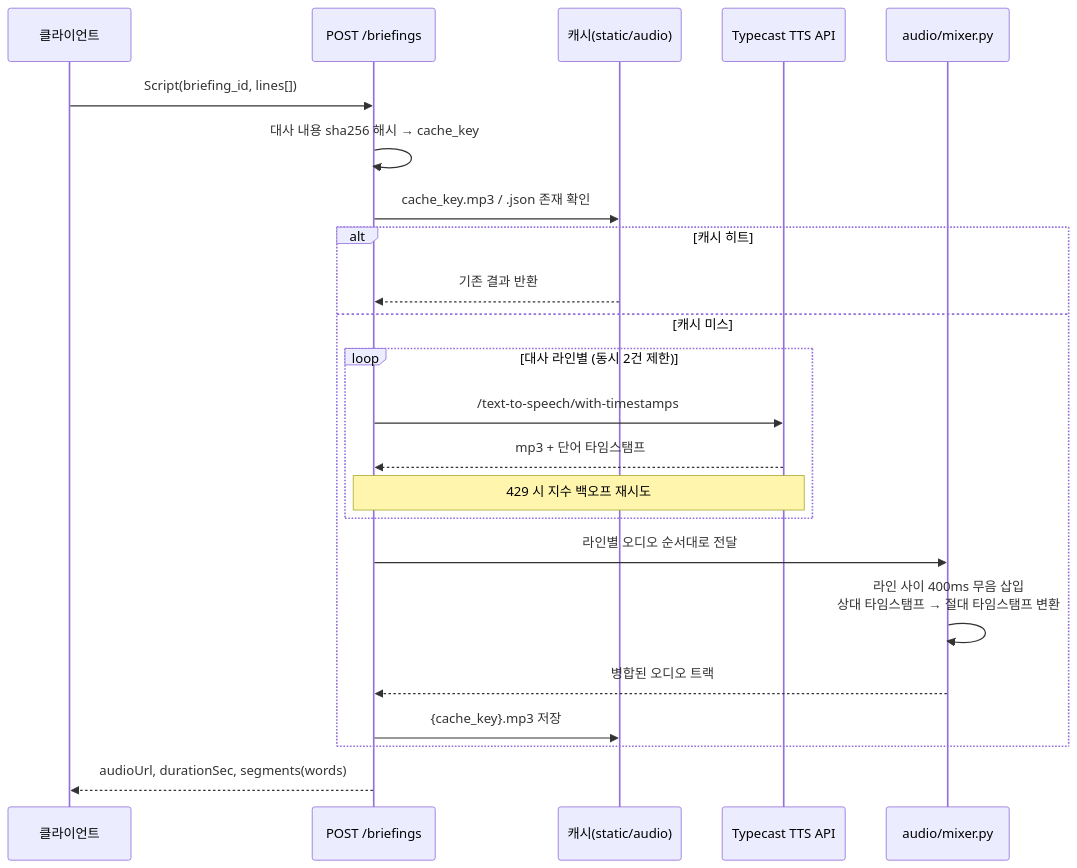
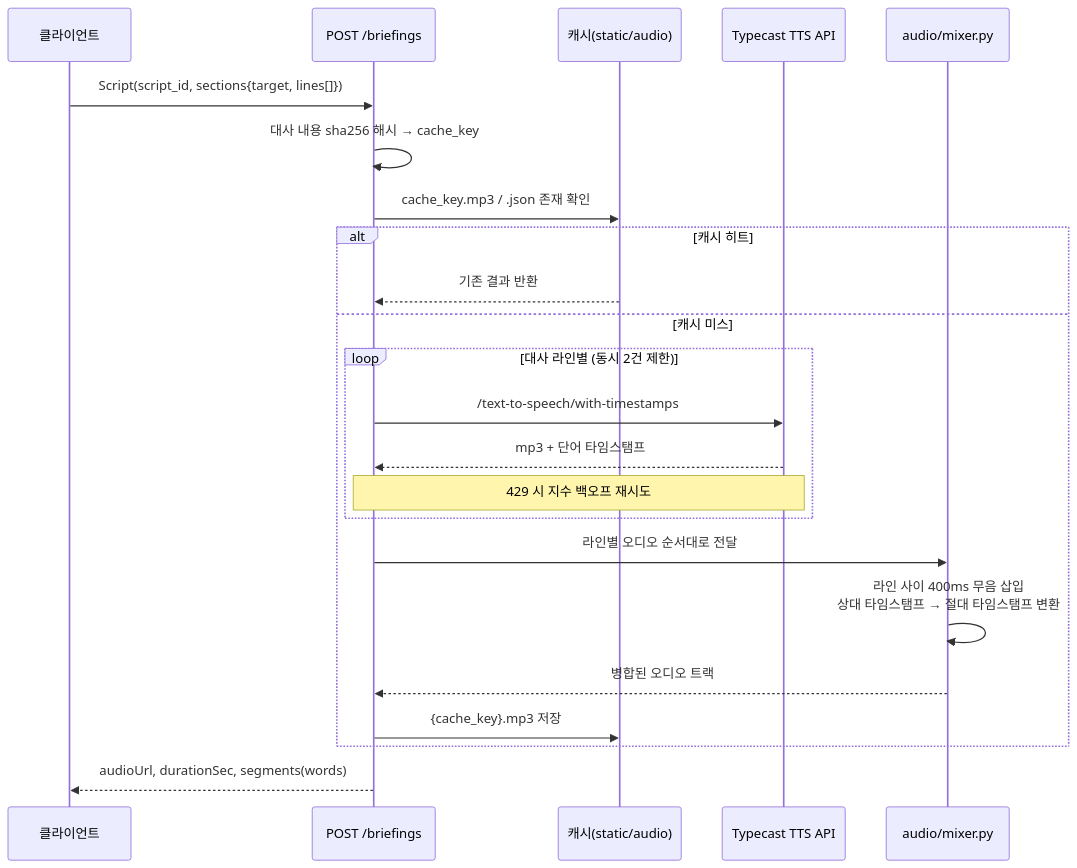
The diagram in tts-service/README.md (kom-cast/kom-cast-ai), drawn with Mermaid before and after one commit. The commit also changed other lines of this file and 6 other files, not shown here.

Commit message:
feat: 브리핑 요청 스키마를 script_id + sections(target, lines) 구조로 개편

````diff
--- a/tts-service/README.md
+++ b/tts-service/README.md
@@ -25,28 +25,28 @@
 ```mermaid
 sequenceDiagram
     participant Client as 클라이언트
     participant API as POST /briefings
     participant Cache as 캐시(static/audio)
     participant Typecast as Typecast TTS API
     participant Mixer as audio/mixer.py
 
-    Client->>API: Script(briefing_id, lines[])
+    Client->>API: Script(script_id, sections{target, lines[]})
     API->>API: 대사 내용 sha256 해시 → cache_key
     API->>Cache: cache_key.mp3 / .json 존재 확인
 
     alt 캐시 히트
         Cache-->>API: 기존 결과 반환
     else 캐시 미스
         loop 대사 라인별 (동시 2건 제한)
             API->>Typecast: /text-to-speech/with-timestamps
             Typecast-->>API: mp3 + 단어 타임스탬프
             Note over API,Typecast: 429 시 지수 백오프 재시도
         end
         API->>Mixer: 라인별 오디오 순서대로 전달
         Mixer->>Mixer: 라인 사이 400ms 무음 삽입<br/>상대 타임스탬프 → 절대 타임스탬프 변환
         Mixer-->>API: 병합된 오디오 트랙
         API->>Cache: {cache_key}.mp3 저장
     end
 
     API-->>Client: audioUrl, durationSec, segments(words)
 ```
````
